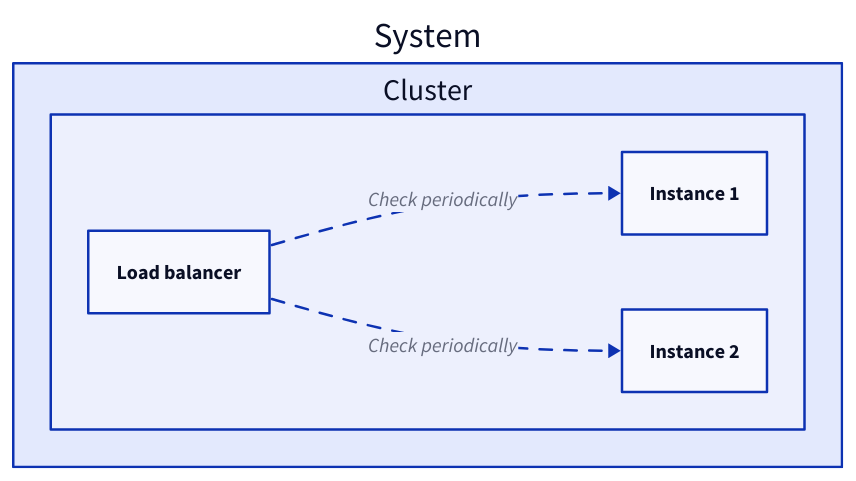
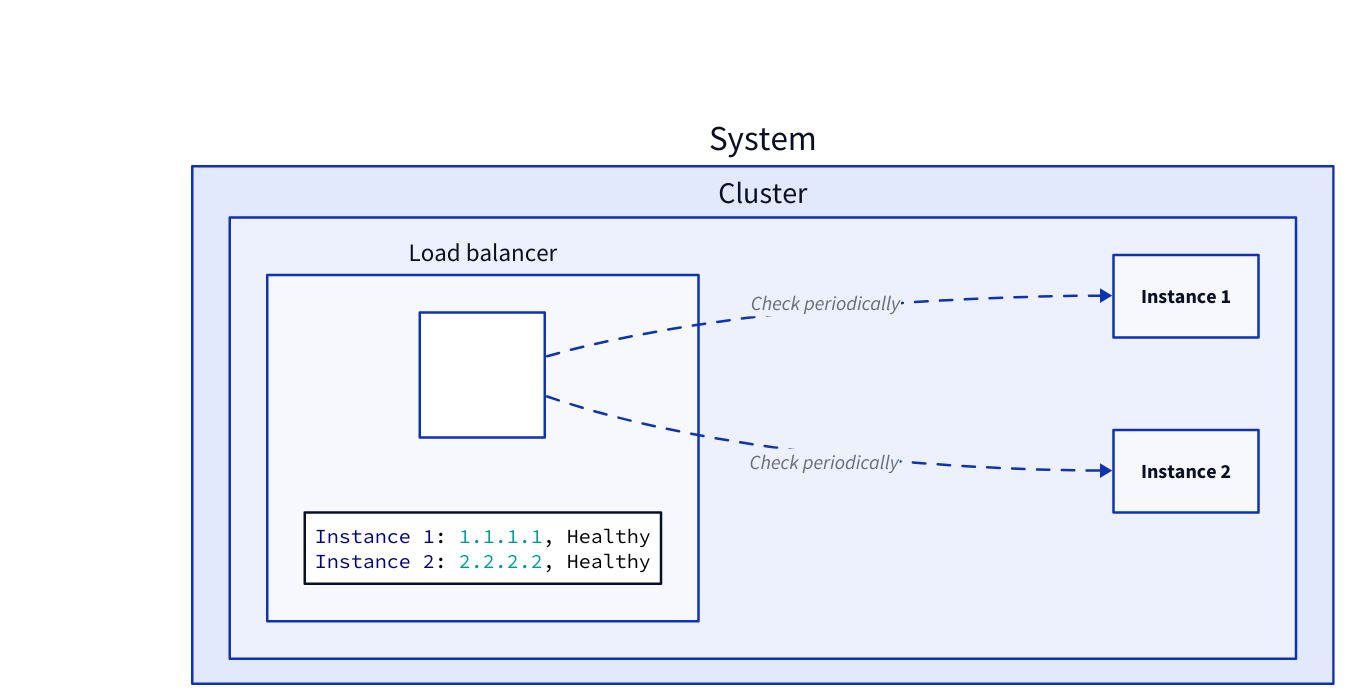
One commit to link1905/system-design-101 changed the fifth of 20 diagrams in content/docs/web-service/load-balancer.md. Above: the diagram before and after it, drawn with D2. The commit also changed other lines of this file and 14 other files, not shown here.

````diff
--- a/content/docs/web-service/load-balancer.md
+++ b/content/docs/web-service/load-balancer.md
@@ -143,22 +160,28 @@
 ```d2
 direction: right
 system: System {
     s: Cluster {
-      sd: Load balancer {
-        class: cache
+      lb: Load balancer {
+        lb: "" {
+          class: lb
+        }
+        r: |||yaml
+        Instance 1: 1.1.1.1, Healthy
+        Instance 2: 2.2.2.2, Healthy
+        |||
       }
       s1: Instance 1 {
         class: server
       }
       s2: Instance 2 {
         class: server
       }
-      sd -> s1: Check periodically {
+      lb.lb -> s1: Check periodically {
         style.animated: true
       }
-      sd -> s2: Check periodically {
+      lb.lb -> s2: Check periodically {
         style.animated: true
       }
     }
 }
 ```
````
